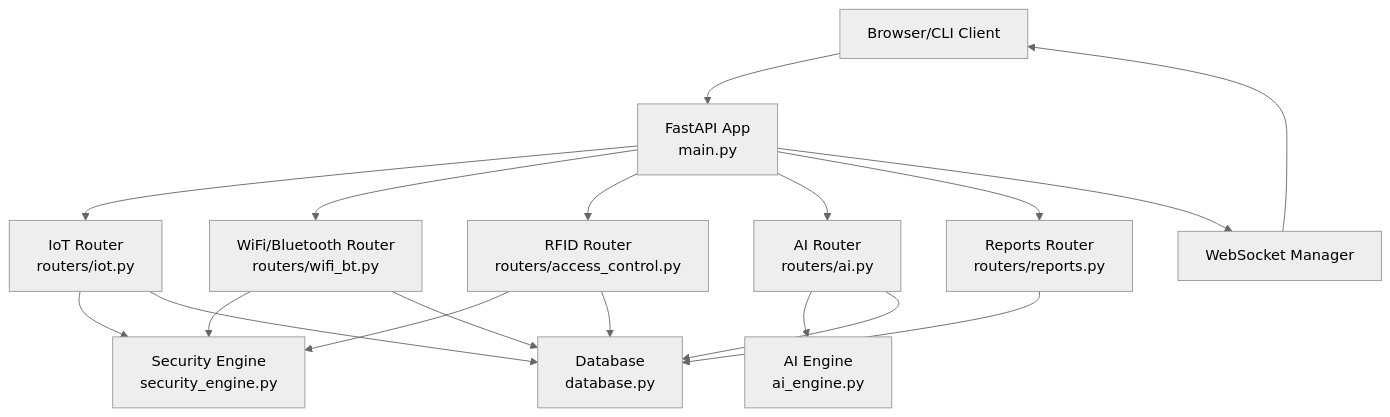
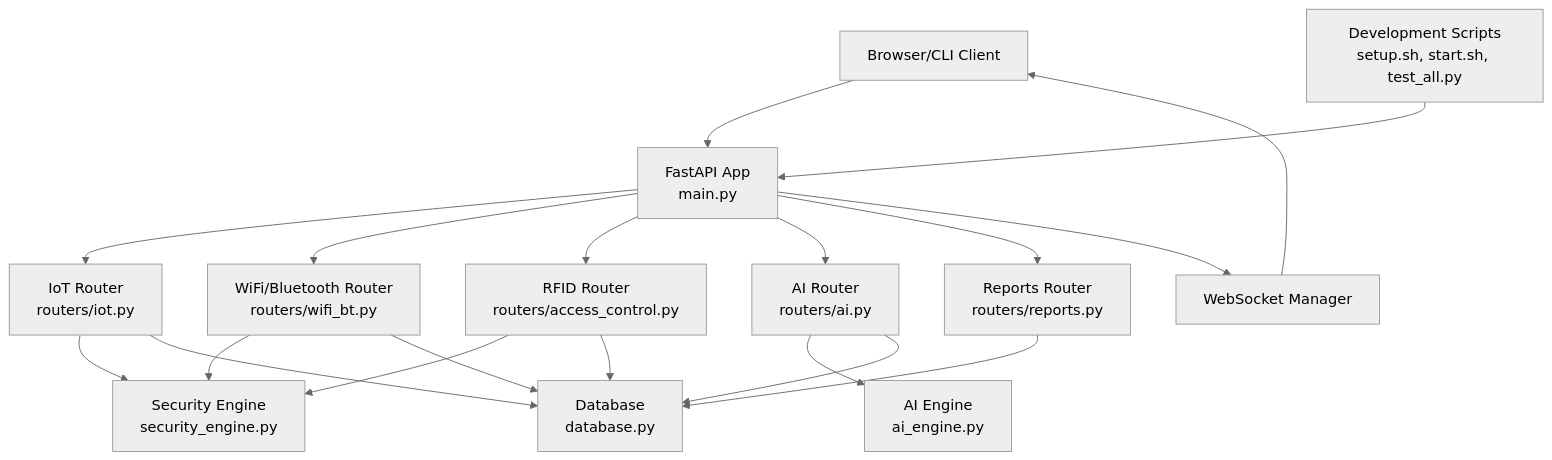
Before and after one commit to MohandWaleed3/PentexOne: the second of 11 diagrams in .qoder/repowiki/en/content/Contributing & Development.md, drawn with Mermaid (neutral theme). The commit also changed other lines of this file and 16 other files, not shown here.

````diff
--- a/.qoder/repowiki/en/content/Contributing & Development.md
+++ b/.qoder/repowiki/en/content/Contributing & Development.md
@@ -129,31 +150,33 @@
 ```mermaid
 graph TB
 CLIENT["Browser/CLI Client"]
 API["FastAPI App<br/>main.py"]
 WS["WebSocket Manager"]
 IOT["IoT Router<br/>routers/iot.py"]
 WIFI["WiFi/Bluetooth Router<br/>routers/wifi_bt.py"]
 RFID["RFID Router<br/>routers/access_control.py"]
 AI["AI Router<br/>routers/ai.py"]
 REPORTS["Reports Router<br/>routers/reports.py"]
 SEC["Security Engine<br/>security_engine.py"]
 AIENG["AI Engine<br/>ai_engine.py"]
 DB["Database<br/>database.py"]
+DEV_SCRIPTS["Development Scripts<br/>setup.sh, start.sh, test_all.py"]
 CLIENT --> API
 API --> IOT
 API --> WIFI
 API --> RFID
 API --> AI
 API --> REPORTS
 API --> WS
 IOT --> SEC
 WIFI --> SEC
 RFID --> SEC
 AI --> AIENG
 REPORTS --> DB
 IOT --> DB
 WIFI --> DB
 RFID --> DB
 AI --> DB
 WS --> CLIENT
+DEV_SCRIPTS --> API
 ```
````
